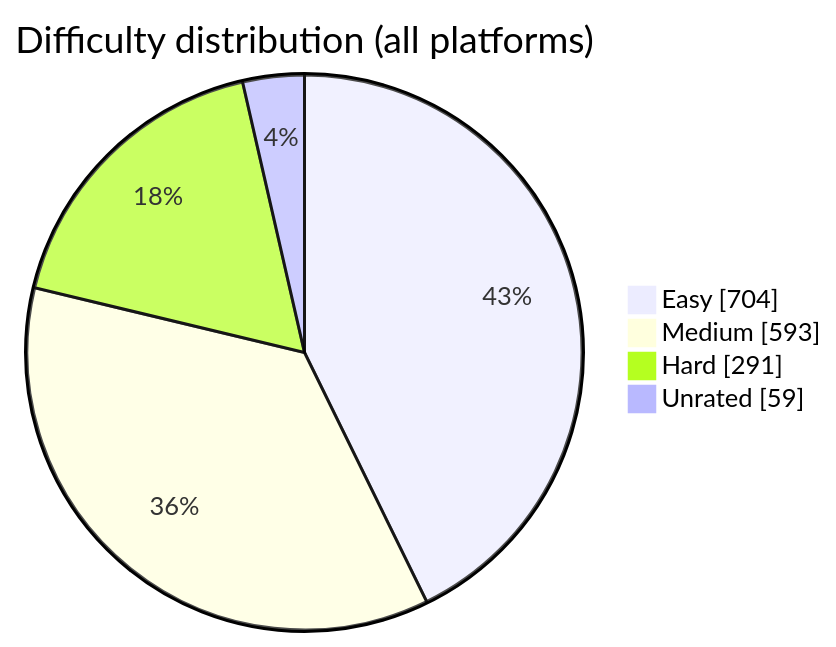
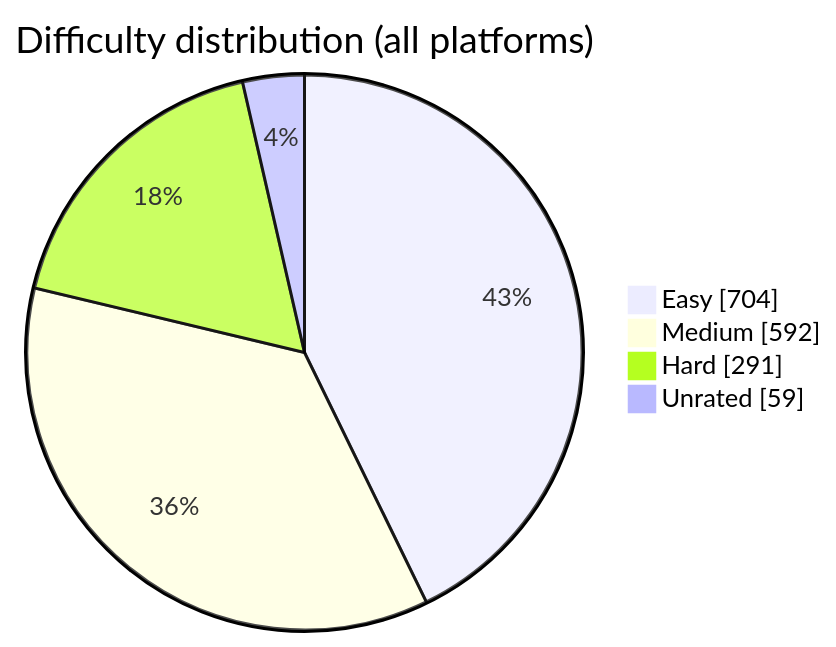
Before and after one commit to BuildbyArindam/Daily-Coding-Log: the diagram in README.md, drawn with Mermaid. The commit also changed other lines of this file, not shown here.

````diff
--- a/README.md
+++ b/README.md
@@ -93,7 +93,7 @@
 ```mermaid
 pie showData title Difficulty distribution (all platforms)
     "Easy" : 704
-    "Medium" : 593
+    "Medium" : 592
     "Hard" : 291
     "Unrated" : 59
 ```
````
